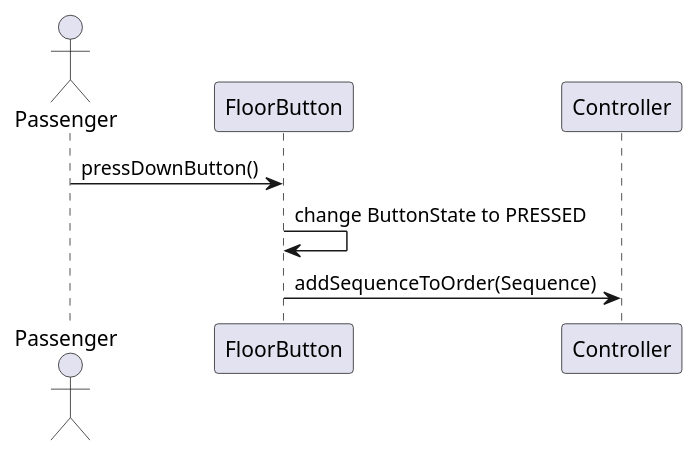
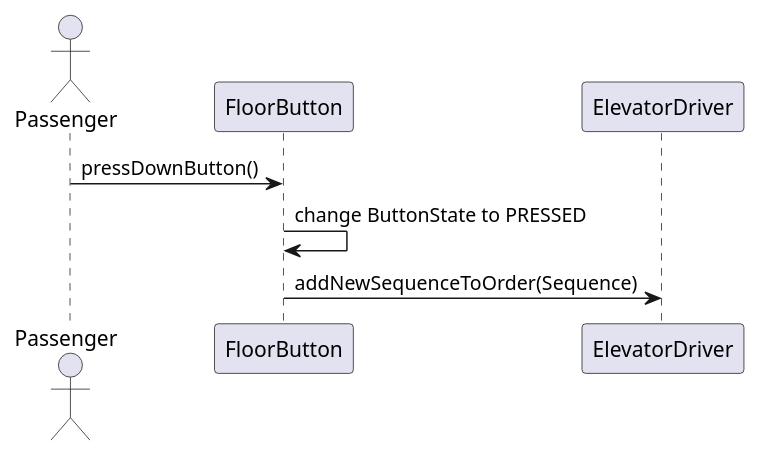
Before and after one commit to WhiteSnakeE/ElevatorDriver: the diagram in src/documentation/methods/pressDownButton.puml, drawn with PlantUML. The commit also changed 3 other files, not shown here.

Commit message:
change class diagram, bom diagram

```diff
--- a/src/documentation/methods/pressDownButton.puml
+++ b/src/documentation/methods/pressDownButton.puml
@@ -1,11 +1,11 @@
 @startuml
 
 actor Passenger
 
 Passenger -> FloorButton: pressDownButton()
 
 FloorButton -> FloorButton: change ButtonState to PRESSED
 
-FloorButton -> Controller: addSequenceToOrder(Sequence)
+FloorButton -> ElevatorDriver: addNewSequenceToOrder(Sequence)
 
 @enduml
```
